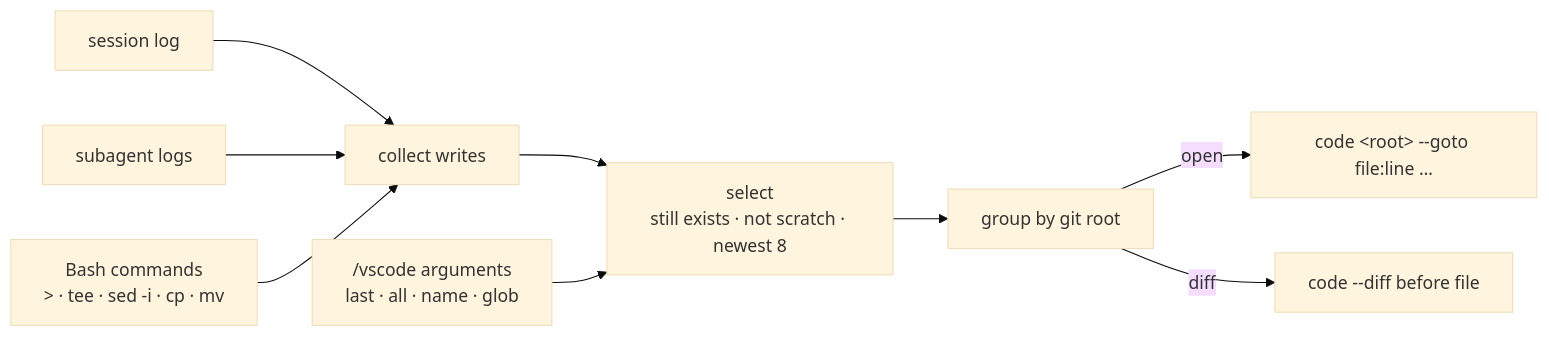
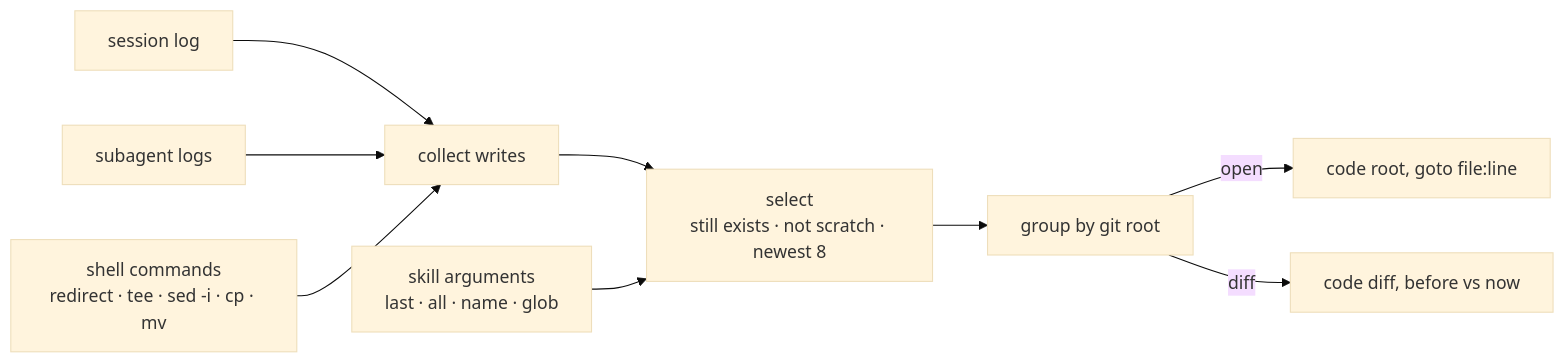
The diagram in README.md (jhammant/vscode-skill), drawn with Mermaid (base theme) before and after one commit.

Commit message:
docs: simplify README diagram so GitHub's mermaid renders it

````diff
--- a/README.md
+++ b/README.md
@@ -59,11 +59,11 @@
 ```mermaid
 flowchart LR
   T[session log] --> P[collect writes]
   S[subagent logs] --> P
-  B["Bash commands<br/>&gt; · tee · sed -i · cp · mv"] --> P
-  P --> F["select<br/>still exists · not scratch · newest 8"]
-  A["/vscode arguments<br/>last · all · name · glob"] --> F
+  B[shell commands<br/>redirect · tee · sed -i · cp · mv] --> P
+  P --> F[select<br/>still exists · not scratch · newest 8]
+  A[skill arguments<br/>last · all · name · glob] --> F
   F --> G[group by git root]
-  G -->|open| O["code &lt;root&gt; --goto file:line …"]
-  G -->|diff| D["code --diff before file"]
+  G -->|open| O[code root, goto file:line]
+  G -->|diff| D[code diff, before vs now]
 ```
````
